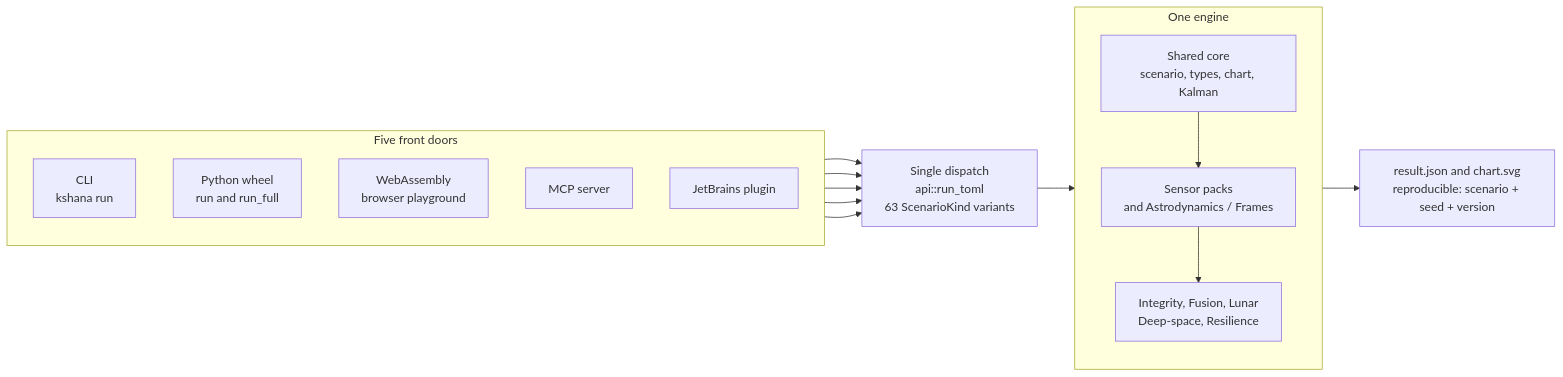
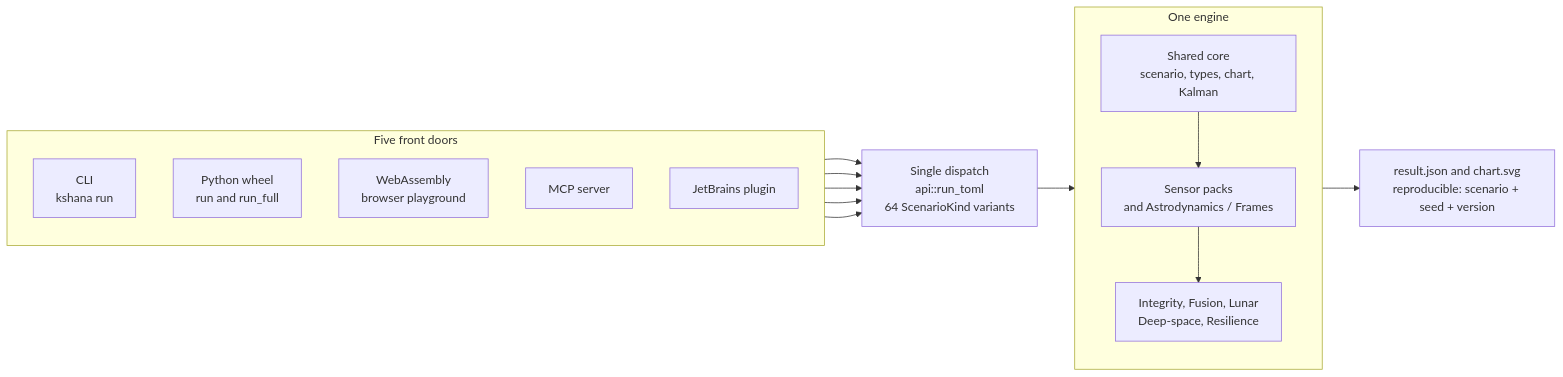
The diagram in docs/diagrams/system-overview.mmd (ashfordeOU/kshana), drawn with Mermaid before and after one commit. The commit also changed 34 other files, not shown here.

```diff
--- a/docs/diagrams/system-overview.mmd
+++ b/docs/diagrams/system-overview.mmd
@@ -1,31 +1,31 @@
 flowchart LR
     subgraph DOORS[Five front doors]
         direction TB
         CLI[CLI<br/>kshana run]
         PY[Python wheel<br/>run and run_full]
         WASM[WebAssembly<br/>browser playground]
         MCP[MCP server]
         IDE[JetBrains plugin]
     end
 
-    DISPATCH[Single dispatch<br/>api::run_toml<br/>63 ScenarioKind variants]
+    DISPATCH[Single dispatch<br/>api::run_toml<br/>64 ScenarioKind variants]
 
     subgraph ENGINE[One engine]
         direction TB
         CORE[Shared core<br/>scenario, types, chart, Kalman]
         PACKS[Sensor packs<br/>and Astrodynamics / Frames]
         DOMAIN[Integrity, Fusion, Lunar<br/>Deep-space, Resilience]
         CORE --> PACKS
         PACKS --> DOMAIN
     end
 
     OUT[result.json and chart.svg<br/>reproducible: scenario + seed + version]
 
     CLI --> DISPATCH
     PY --> DISPATCH
     WASM --> DISPATCH
     MCP --> DISPATCH
     IDE --> DISPATCH
 
     DISPATCH --> ENGINE
     ENGINE --> OUT
```
